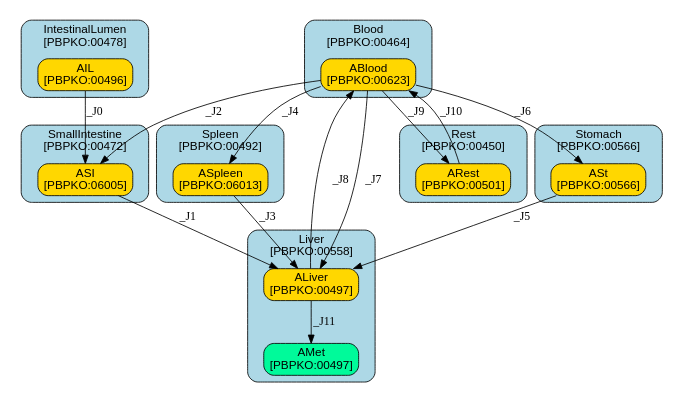
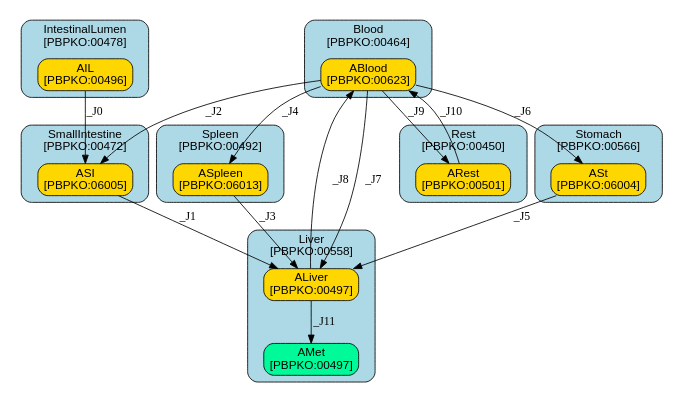
One commit to fair-pbk/exposure-route-pbk-models changed the diagram in models/oral/Bisphenols/Shin/summary.dot. Above: the diagram before and after it, drawn with Graphviz. The commit also changed 32 other files, not shown here.

```diff
--- a/models/oral/Bisphenols/Shin/summary.dot
+++ b/models/oral/Bisphenols/Shin/summary.dot
@@ -1,153 +1,153 @@
 digraph {
 	graph [ratio=fill,
 		size="7,4"
 	];
 	node [fontname=Arial];
 	subgraph cluster_Stomach {
 		graph [color=black,
 			fillcolor=lightblue,
 			fontname=Arial,
 			href="#compartment-Stomach",
 			label="Stomach
 [PBPKO:00566]",
 			shape=box,
 			style="filled,rounded"
 		];
 		ASt	[color=black,
 			fillcolor=gold,
 			href="#species-ASt",
 			label="ASt
-[PBPKO:00566]",
+[PBPKO:06004]",
 			shape=box,
 			style="filled,rounded"];
 	}
 	subgraph cluster_IntestinalLumen {
 		graph [color=black,
 			fillcolor=lightblue,
 			fontname=Arial,
 			href="#compartment-IntestinalLumen",
 			label="IntestinalLumen
 [PBPKO:00478]",
 			shape=box,
 			style="filled,rounded"
 		];
 		AIL	[color=black,
 			fillcolor=gold,
 			href="#species-AIL",
 			label="AIL
 [PBPKO:00496]",
 			shape=box,
 			style="filled,rounded"];
 	}
 	subgraph cluster_Spleen {
 		graph [color=black,
 			fillcolor=lightblue,
 			fontname=Arial,
 			href="#compartment-Spleen",
 			label="Spleen
 [PBPKO:00492]",
 			shape=box,
 			style="filled,rounded"
 		];
 		ASpleen	[color=black,
 			fillcolor=gold,
 			href="#species-ASpleen",
 			label="ASpleen
 [PBPKO:06013]",
 			shape=box,
 			style="filled,rounded"];
 	}
 	subgraph cluster_SmallIntestine {
 		graph [color=black,
 			fillcolor=lightblue,
 			fontname=Arial,
 			href="#compartment-SmallIntestine",
 			label="SmallIntestine
 [PBPKO:00472]",
 			shape=box,
 			style="filled,rounded"
 		];
 		ASI	[color=black,
 			fillcolor=gold,
 			href="#species-ASI",
 			label="ASI
 [PBPKO:06005]",
 			shape=box,
 			style="filled,rounded"];
 	}
 	subgraph cluster_Liver {
 		graph [color=black,
 			fillcolor=lightblue,
 			fontname=Arial,
 			href="#compartment-Liver",
 			label="Liver
 [PBPKO:00558]",
 			shape=box,
 			style="filled,rounded"
 		];
 		ALiver	[color=black,
 			fillcolor=gold,
 			href="#species-ALiver",
 			label="ALiver
 [PBPKO:00497]",
 			shape=box,
 			style="filled,rounded"];
 		AMet	[color=black,
 			fillcolor=mediumspringgreen,
 			href="#species-AMet",
 			label="AMet
 [PBPKO:00497]",
 			shape=box,
 			style="filled,rounded"];
 	}
 	subgraph cluster_Blood {
 		graph [color=black,
 			fillcolor=lightblue,
 			fontname=Arial,
 			href="#compartment-Blood",
 			label="Blood
 [PBPKO:00464]",
 			shape=box,
 			style="filled,rounded"
 		];
 		ABlood	[color=black,
 			fillcolor=gold,
 			href="#species-ABlood",
 			label="ABlood
 [PBPKO:00623]",
 			shape=box,
 			style="filled,rounded"];
 	}
 	subgraph cluster_Rest {
 		graph [color=black,
 			fillcolor=lightblue,
 			fontname=Arial,
 			href="#compartment-Rest",
 			label="Rest
 [PBPKO:00450]",
 			shape=box,
 			style="filled,rounded"
 		];
 		ARest	[color=black,
 			fillcolor=gold,
 			href="#species-ARest",
 			label="ARest
 [PBPKO:00501]",
 			shape=box,
 			style="filled,rounded"];
 	}
 	ASt -> ALiver	[label=_J5];
 	AIL -> ASI	[label=_J0,
 		minlen=1];
 	ASpleen -> ALiver	[label=_J3];
 	ASI -> ALiver	[label=_J1];
 	ALiver -> AMet	[label=_J11,
 		minlen=1];
 	ALiver -> ABlood	[label=_J8];
 	ABlood -> ASt	[label=_J6];
 	ABlood -> ASpleen	[label=_J4];
 	ABlood -> ASI	[label=_J2];
 	ABlood -> ALiver	[label=_J7];
 	ABlood -> ARest	[label=_J9];
 	ARest -> ABlood	[label=_J10];
 }
```
